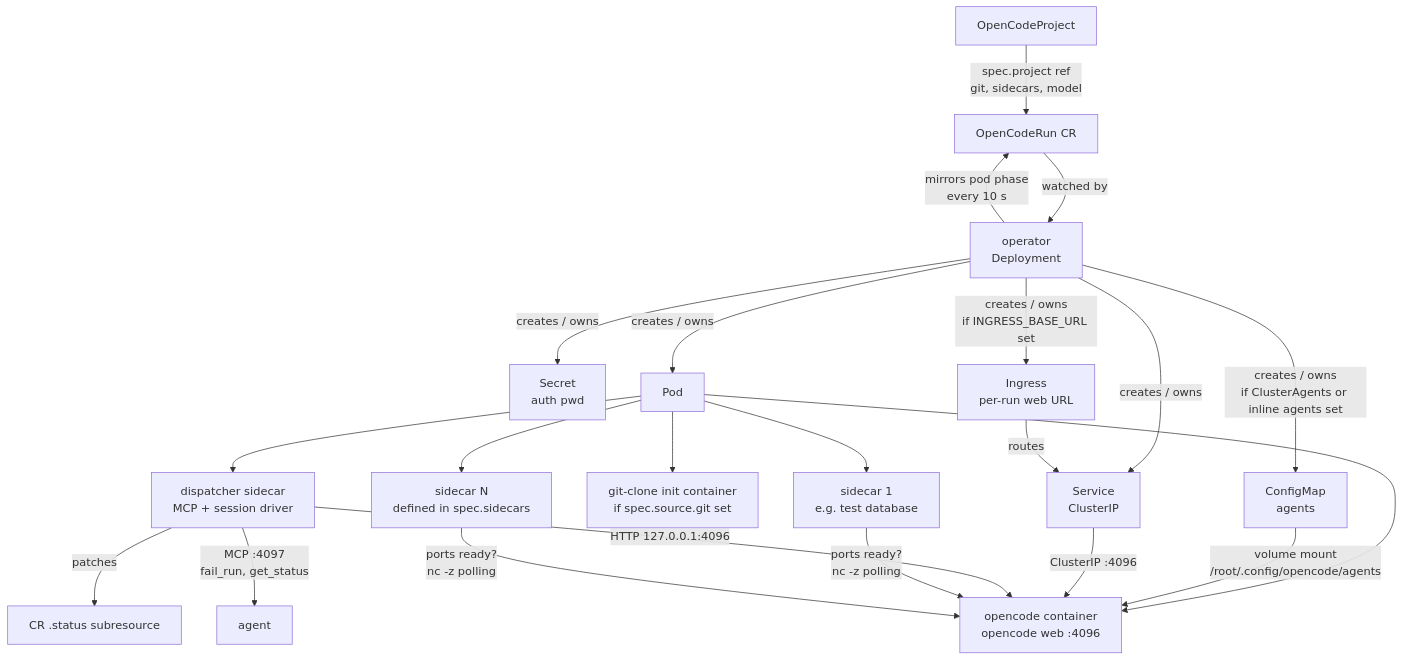
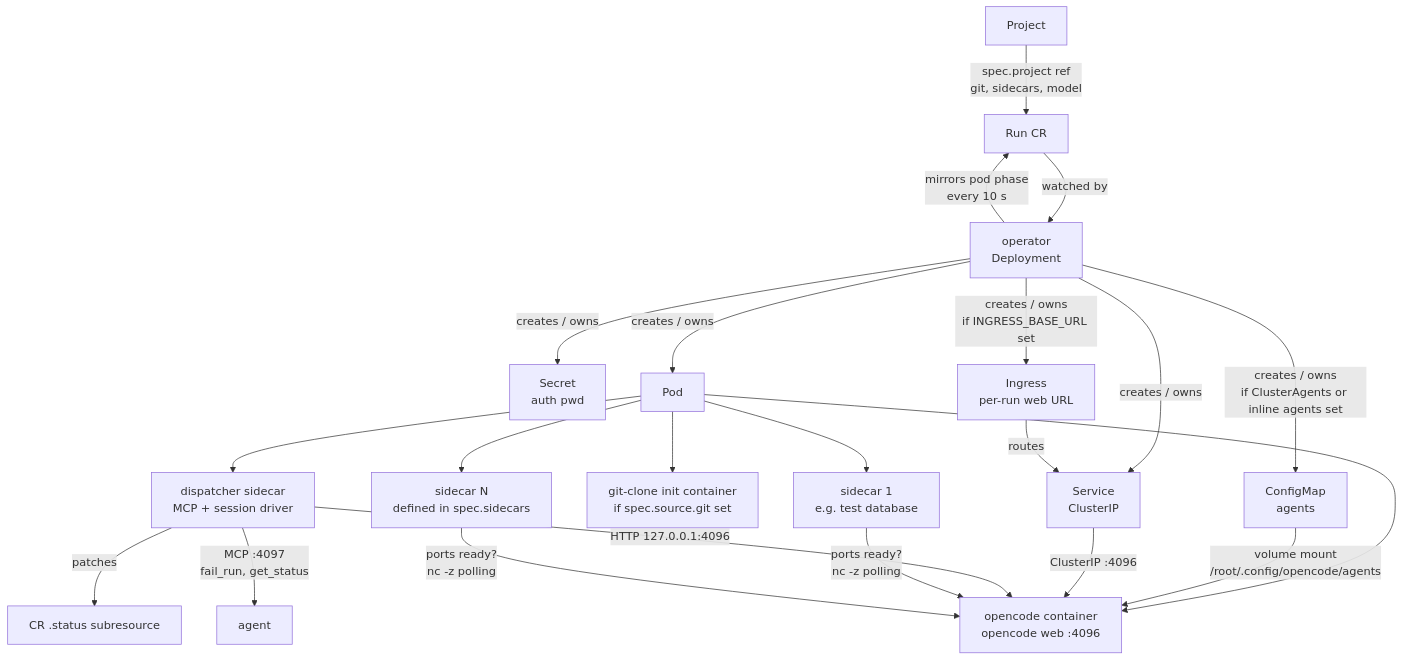
Before and after one commit to erkkaha/percussionist: the fifth of 6 diagrams in README.md, drawn with Mermaid. The commit also changed other lines of this file and 21 other files, not shown here.

First line of the commit message:
refactor: finish rename of OpenCodeRun/Project/Task across all files

````diff
--- a/README.md
+++ b/README.md
@@ -343,32 +343,32 @@
 ```mermaid
 flowchart TD
-    CR[OpenCodeRun CR]
+    CR[Run CR]
 
     CR -->|watched by| OP[operator\nDeployment]
 
     OP -->|creates / owns| SEC[Secret\nauth pwd]
     OP -->|creates / owns| SVC[Service\nClusterIP]
     OP -->|creates / owns| POD[Pod]
     OP -->|creates / owns\nif ClusterAgents or inline agents set| AGCM[ConfigMap\nagents]
     OP -->|creates / owns\nif INGRESS_BASE_URL set| ING[Ingress\nper-run web URL]
     OP -->|mirrors pod phase\nevery 10 s| CR
 
     POD --> INIT[git-clone init container\nif spec.source.git set]
     POD --> OC[opencode container\nopencode web :4096]
     POD --> DISP[dispatcher sidecar\nMCP + session driver]
     POD --> SC1[sidecar 1\ne.g. test database]
     POD --> SC2[sidecar N\ndefined in spec.sidecars]
 
     AGCM -->|volume mount\n/root/.config/opencode/agents| OC
     ING -->|routes| SVC
     SVC -->|ClusterIP :4096| OC
 
     DISP -->|HTTP 127.0.0.1:4096| OC
     DISP -->|patches| STATUS[CR .status subresource]
     DISP -->|MCP :4097\nfail_run, get_status| AGENT[agent]
 
     SC1 -->|ports ready?\nnc -z polling| OC
     SC2 -->|ports ready?\nnc -z polling| OC
 
-    PROJ[OpenCodeProject] -->|spec.project ref\ngit, sidecars, model| CR
+    PROJ[Project] -->|spec.project ref\ngit, sidecars, model| CR
 ```
````
